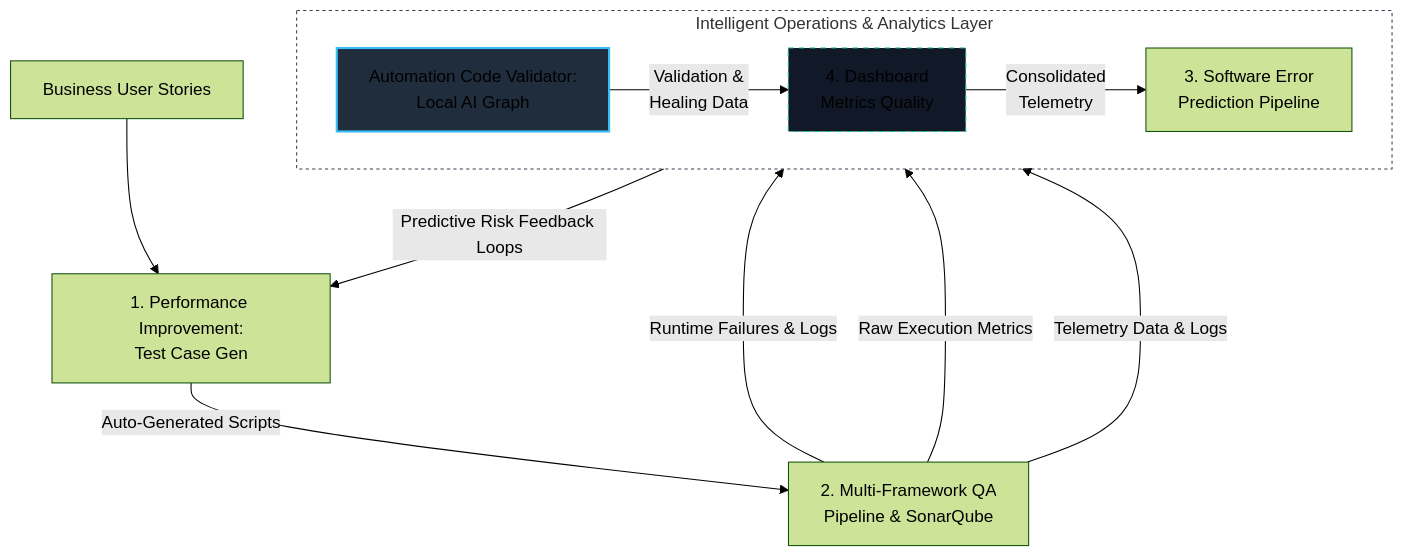
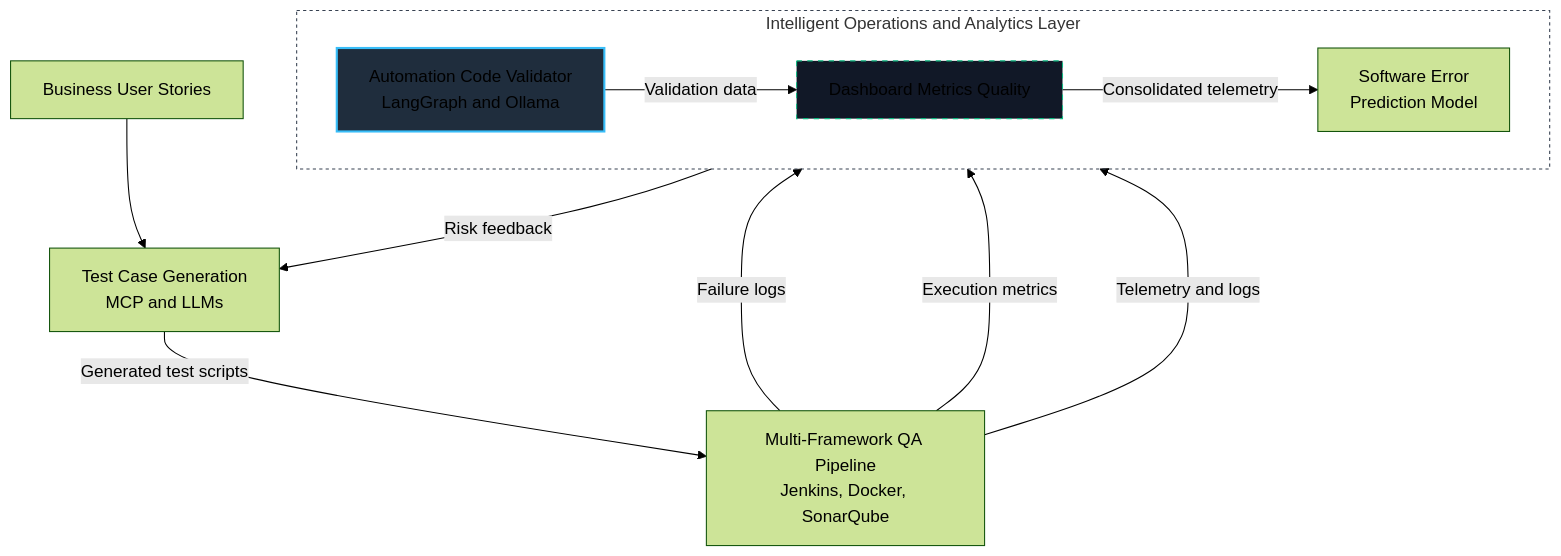
The diagram in README.md (acorvello/acorvello), drawn with Mermaid (forest theme) before and after one commit. The commit also changed other lines of this file, not shown here.

````diff
--- a/README.md
+++ b/README.md
@@ -43,21 +52,20 @@
 ```mermaid
 flowchart TD
-    Req[Business User Stories] --> P1[1. Performance Improvement:<br>Test Case Gen]
-    P1 -->|Auto-Generated Scripts| P2[2. Multi-Framework QA<br>Pipeline & SonarQube]
+    Req["Business User Stories"] --> Gen["Test Case Generation<br/>MCP and LLMs"]
+    Gen -->|"Generated test scripts"| Pipe["Multi-Framework QA Pipeline<br/>Jenkins, Docker, SonarQube"]
 
-    subgraph ShiftRight [Intelligent Operations & Analytics Layer]
+    subgraph Ops ["Intelligent Operations and Analytics Layer"]
         direction LR
-        ACV[Automation Code Validator:<br>Local AI Graph] -->|Validation &<br>Healing Data| DB[4. Dashboard<br>Metrics Quality]
-        DB -->|Consolidated<br>Telemetry| P3[3. Software Error<br>Prediction Pipeline]
+        ACV["Automation Code Validator<br/>LangGraph and Ollama"] -->|"Validation data"| Dash["Dashboard Metrics Quality"]
+        Dash -->|"Consolidated telemetry"| Pred["Software Error<br/>Prediction Model"]
     end
 
-    P2 -->|Runtime Failures & Logs| ACV
-    P2 -->|Raw Execution Metrics| DB
-    P2 -->|Telemetry Data & Logs| P3
-    
-    P3 -->|Predictive Risk Feedback Loops| P1
+    Pipe -->|"Failure logs"| ACV
+    Pipe -->|"Execution metrics"| Dash
+    Pipe -->|"Telemetry and logs"| Pred
+    Pred -->|"Risk feedback"| Gen
 
     style ACV fill:#1f2d3d,stroke:#38bdf8,stroke-width:2px
-    style DB fill:#111827,stroke:#10b981,stroke-width:1px,stroke-dasharray: 5 5
-    style ShiftRight fill:transparent,stroke:#374151,stroke-width:1px,stroke-dasharray: 3 3
+    style Dash fill:#111827,stroke:#10b981,stroke-width:1px,stroke-dasharray: 5 5
+    style Ops fill:transparent,stroke:#374151,stroke-width:1px,stroke-dasharray: 3 3
 ```
````
